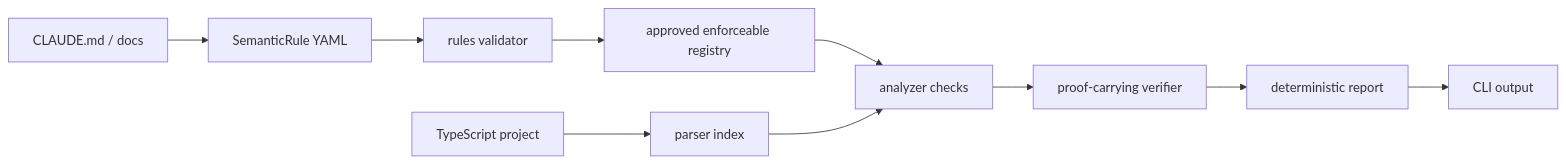
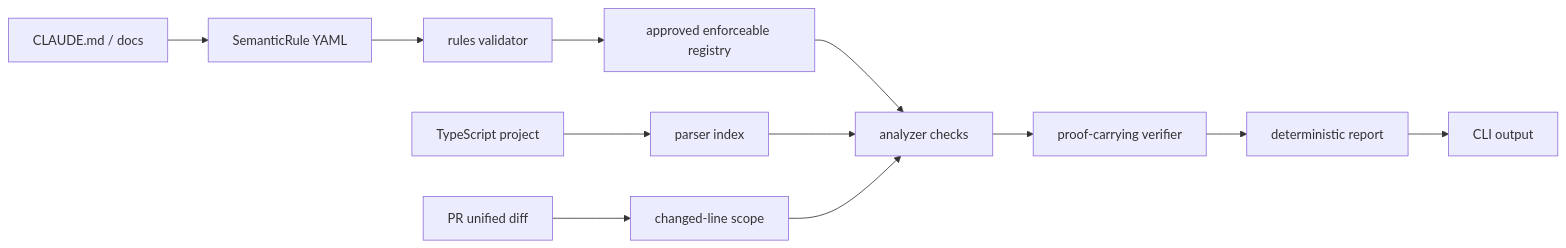
The diagram in docs/architecture.md (hemp-dev/s-agent), drawn with Mermaid before and after one commit. The commit also changed other lines of this file and 24 other files, not shown here.

````diff
--- a/docs/architecture.md
+++ b/docs/architecture.md
@@ -21,12 +21,14 @@
 ```mermaid
 flowchart LR
   docs["CLAUDE.md / docs"] --> rules["SemanticRule YAML"]
   rules --> validator["rules validator"]
   validator --> registry["approved enforceable registry"]
+  diff["PR unified diff"] --> scope["changed-line scope"]
   source["TypeScript project"] --> parser["parser index"]
   registry --> analyzer["analyzer checks"]
   parser --> analyzer
+  scope --> analyzer
   analyzer --> verifier["proof-carrying verifier"]
   verifier --> explainer["deterministic report"]
   explainer --> cli["CLI output"]
 ```
````
